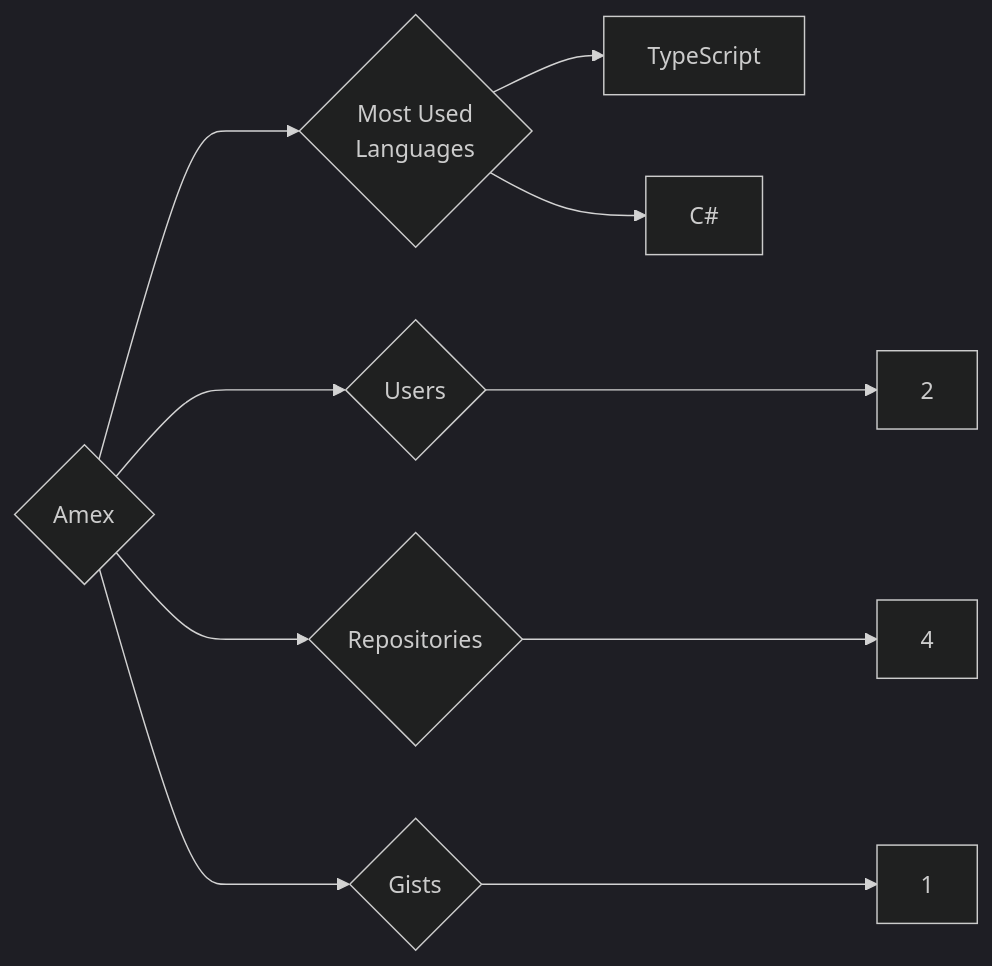
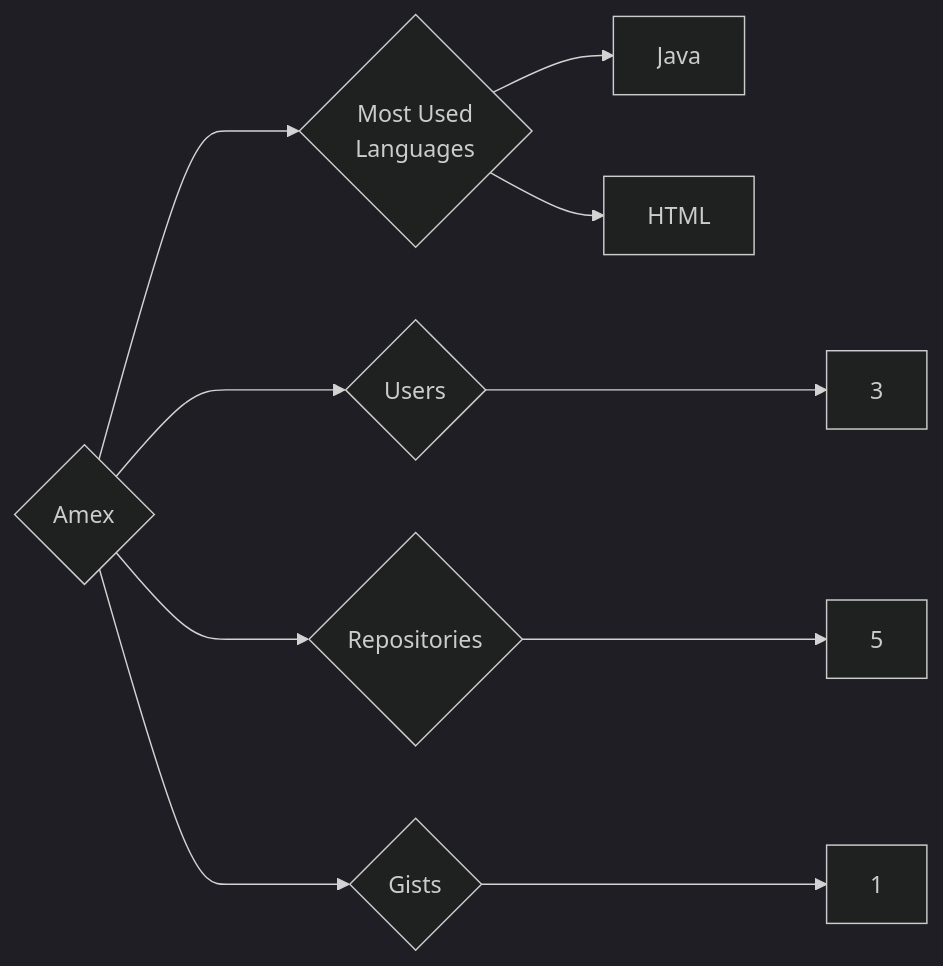
The diagram in targets/Amex/README.md (trickest/insiders), drawn with Mermaid (dark theme) before and after one commit. The commit also changed 953 other files, not shown here.

````diff
--- a/targets/Amex/README.md
+++ b/targets/Amex/README.md
@@ -3,10 +3,10 @@
 ```mermaid
 graph LR
 COMPANY_NAME{Amex}
-COMPANY_NAME ---> U{Users} ---> UN[2]
-COMPANY_NAME ---> R{Repositories} ---> RN[4]
+COMPANY_NAME ---> U{Users} ---> UN[3]
+COMPANY_NAME ---> R{Repositories} ---> RN[5]
 COMPANY_NAME ---> G{Gists} ---> GN[1]
 COMPANY_NAME ---> ML{Most Used<br>Languages}
-ML --> TypeScript[TypeScript]
-ML --> C#[C#]
+ML --> Java[Java]
+ML --> HTML[HTML]
 ```
````
